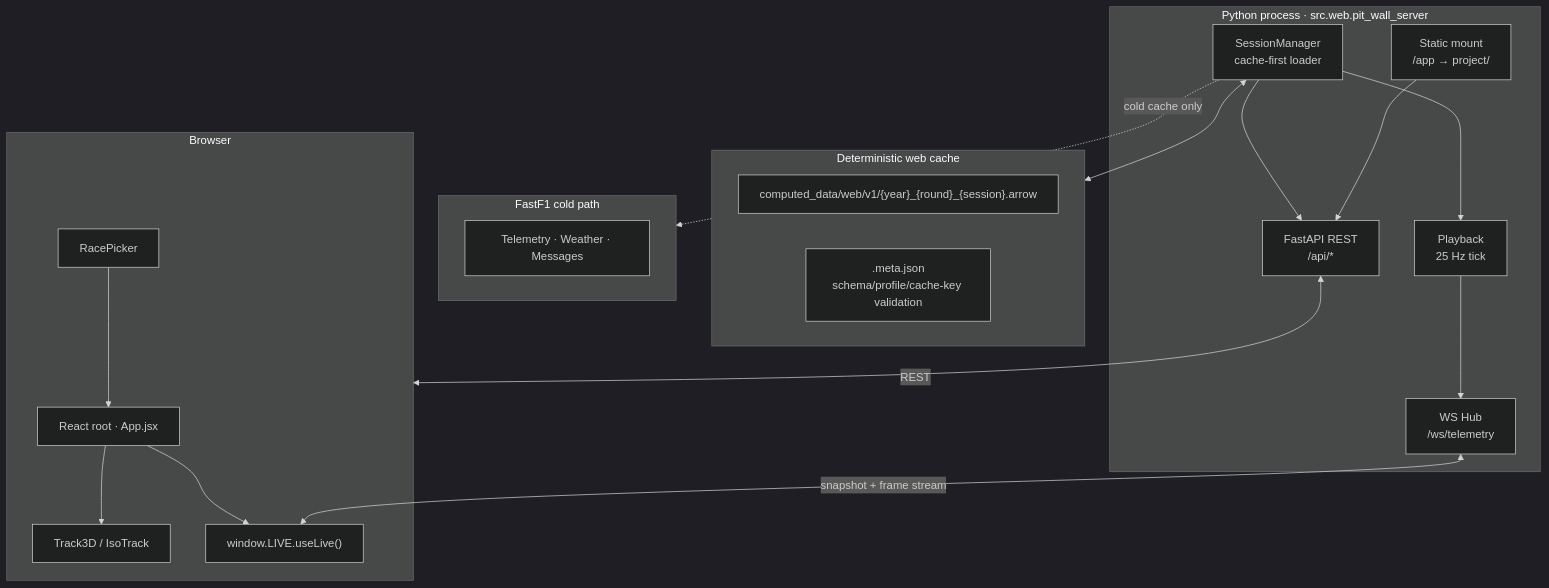
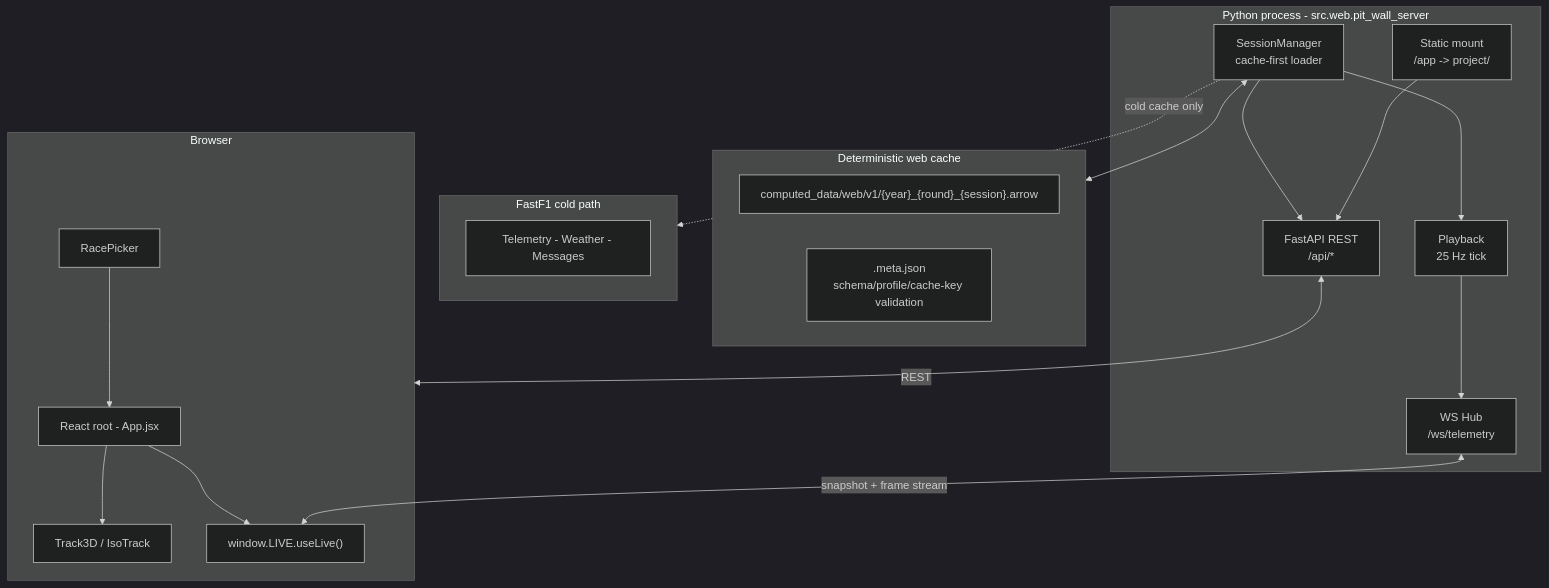
Before and after one commit to misha-met/Delta: the diagram in README.md, drawn with Mermaid (dark theme). The commit also changed other lines of this file and 1 other file, not shown here.

````diff
--- a/README.md
+++ b/README.md
@@ -125,37 +211,37 @@
 ```mermaid
 flowchart TB
-    subgraph PY["Python process · src.web.pit_wall_server"]
+    subgraph PY["Python process - src.web.pit_wall_server"]
         SM["SessionManager<br/>cache-first loader"]
         PB["Playback<br/>25 Hz tick"]
         WS["WS Hub<br/>/ws/telemetry"]
         HTTP["FastAPI REST<br/>/api/*"]
-        STATIC["Static mount<br/>/app → project/"]
+        STATIC["Static mount<br/>/app -> project/"]
         SM --> PB --> WS
         SM --> HTTP
         STATIC --> HTTP
     end
 
     subgraph CACHE["Deterministic web cache"]
         ARROW["computed_data/web/v1/{year}_{round}_{session}.arrow"]
         META[".meta.json<br/>schema/profile/cache-key validation"]
     end
 
     subgraph FF1["FastF1 cold path"]
-        F1API["Telemetry · Weather · Messages"]
+        F1API["Telemetry - Weather - Messages"]
     end
 
     subgraph BROWSER["Browser"]
-        APP["React root · App.jsx"]
+        APP["React root - App.jsx"]
         TRACK["Track3D / IsoTrack"]
         PICKER["RacePicker"]
         LIVE["window.LIVE.useLive()"]
         APP --> TRACK
         APP --> LIVE
         PICKER --> APP
     end
 
     SM <--> CACHE
     SM -. cold cache only .-> FF1
     HTTP <-->|REST| BROWSER
     WS <-->|snapshot + frame stream| LIVE
 ```
````
